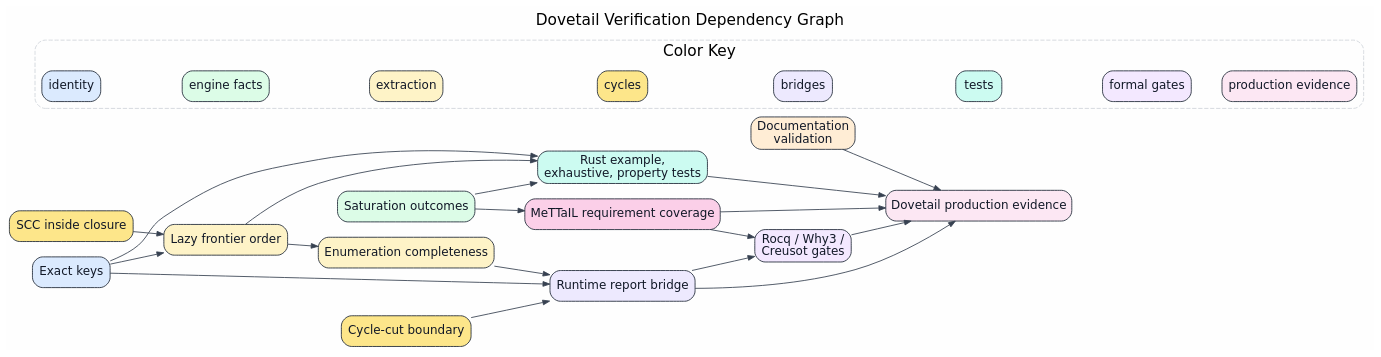
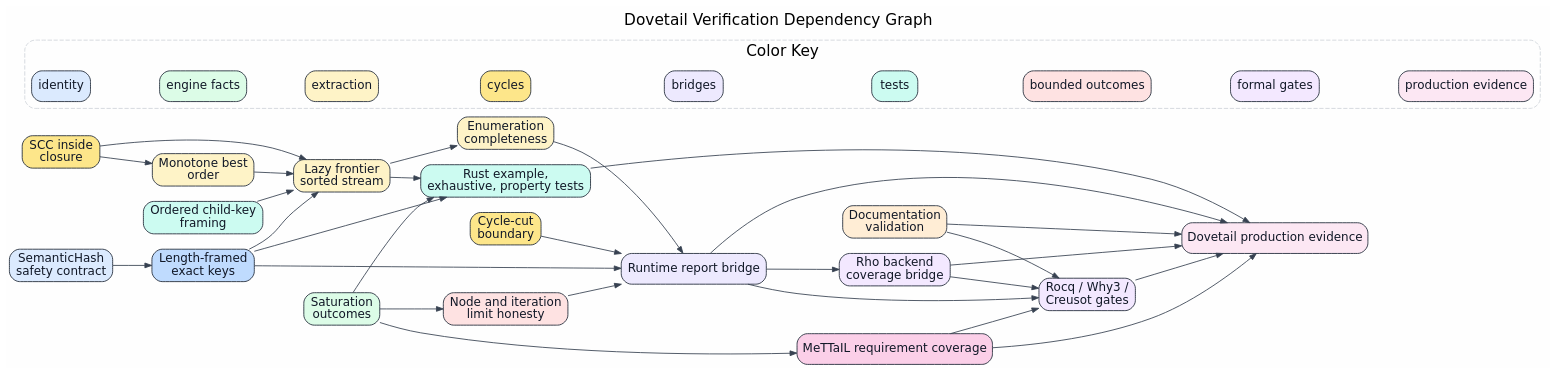
One commit to F1R3FLY-io/mettail-rust changed the diagram in docs/architecture/dovetail/figures/07-verification-dag.dot. Above: the diagram before and after it, drawn with Graphviz. The commit also changed 31 other files, not shown here.

First line of the commit message:
Harden architecture diagram coverage

```diff
--- a/docs/architecture/dovetail/figures/07-verification-dag.dot
+++ b/docs/architecture/dovetail/figures/07-verification-dag.dot
@@ -1,64 +1,80 @@
 digraph dovetail_verification {
   graph [
     rankdir=LR,
     bgcolor="#FEFEFE",
     fontname="DejaVu Sans",
     label="Dovetail Verification Dependency Graph",
     labelloc=t,
     fontsize=18
   ];
   node [
     shape=box,
     style="rounded,filled",
     color="#1F2937",
     fontcolor="#111827",
     fontname="DejaVu Sans"
   ];
   edge [color="#374151", arrowsize=0.8];
 
-  exact_keys [label="Exact keys", fillcolor="#DBEAFE"];
-  saturation [label="Saturation outcomes", fillcolor="#DCFCE7"];
-  frontier [label="Lazy frontier order", fillcolor="#FEF3C7"];
-  enumeration [label="Enumeration completeness", fillcolor="#FEF3C7"];
-  cycles [label="Cycle-cut boundary", fillcolor="#FDE68A"];
-  inside [label="SCC inside closure", fillcolor="#FDE68A"];
+  semantic_hash [label="SemanticHash\nsafety contract", fillcolor="#DBEAFE"];
+  exact_keys [label="Length-framed\nexact keys", fillcolor="#BFDBFE"];
+  saturation [label="Saturation\noutcomes", fillcolor="#DCFCE7"];
+  sat_limits [label="Node and iteration\nlimit honesty", fillcolor="#FEE2E2"];
+  ordered_framing [label="Ordered child-key\nframing", fillcolor="#CCFBF1"];
+  monotone_order [label="Monotone best\norder", fillcolor="#FEF3C7"];
+  frontier [label="Lazy frontier\nsorted stream", fillcolor="#FEF3C7"];
+  enumeration [label="Enumeration\ncompleteness", fillcolor="#FEF3C7"];
+  cycles [label="Cycle-cut\nboundary", fillcolor="#FDE68A"];
+  inside [label="SCC inside\nclosure", fillcolor="#FDE68A"];
   reports [label="Runtime report bridge", fillcolor="#EDE9FE"];
   requirements [label="MeTTaIL requirement coverage", fillcolor="#FBCFE8"];
+  rho_bridge [label="Rho backend\ncoverage bridge", fillcolor="#F3E8FF"];
   rust_tests [label="Rust example,\nexhaustive, property tests", fillcolor="#CCFBF1"];
   formal_gates [label="Rocq / Why3 /\nCreusot gates", fillcolor="#F3E8FF"];
   doc_validation [label="Documentation\nvalidation", fillcolor="#FFEDD5"];
   production [label="Dovetail production evidence", fillcolor="#FCE7F3"];
 
+  semantic_hash -> exact_keys;
   exact_keys -> frontier;
   exact_keys -> reports;
   saturation -> requirements;
+  saturation -> sat_limits;
+  sat_limits -> reports;
+  ordered_framing -> frontier;
+  monotone_order -> frontier;
   frontier -> enumeration;
   enumeration -> reports;
   cycles -> reports;
   inside -> frontier;
+  inside -> monotone_order;
+  reports -> rho_bridge;
   exact_keys -> rust_tests;
   saturation -> rust_tests;
   frontier -> rust_tests;
   reports -> formal_gates;
   requirements -> formal_gates;
+  rho_bridge -> formal_gates;
+  doc_validation -> formal_gates;
   requirements -> production;
   reports -> production;
+  rho_bridge -> production;
   rust_tests -> production;
   formal_gates -> production;
   doc_validation -> production;
 
   subgraph cluster_legend {
     label="Color Key";
     color="#D1D5DB";
     style="rounded,dashed";
     key_exact [label="identity", fillcolor="#DBEAFE"];
     key_engine [label="engine facts", fillcolor="#DCFCE7"];
     key_extract [label="extraction", fillcolor="#FEF3C7"];
     key_cycles [label="cycles", fillcolor="#FDE68A"];
     key_bridge [label="bridges", fillcolor="#EDE9FE"];
     key_tests [label="tests", fillcolor="#CCFBF1"];
+    key_limits [label="bounded outcomes", fillcolor="#FEE2E2"];
     key_gates [label="formal gates", fillcolor="#F3E8FF"];
     key_prod [label="production evidence", fillcolor="#FCE7F3"];
-    key_exact -> key_engine -> key_extract -> key_cycles -> key_bridge -> key_tests -> key_gates -> key_prod [style=invis];
+    key_exact -> key_engine -> key_extract -> key_cycles -> key_bridge -> key_tests -> key_limits -> key_gates -> key_prod [style=invis];
   }
 }
```
